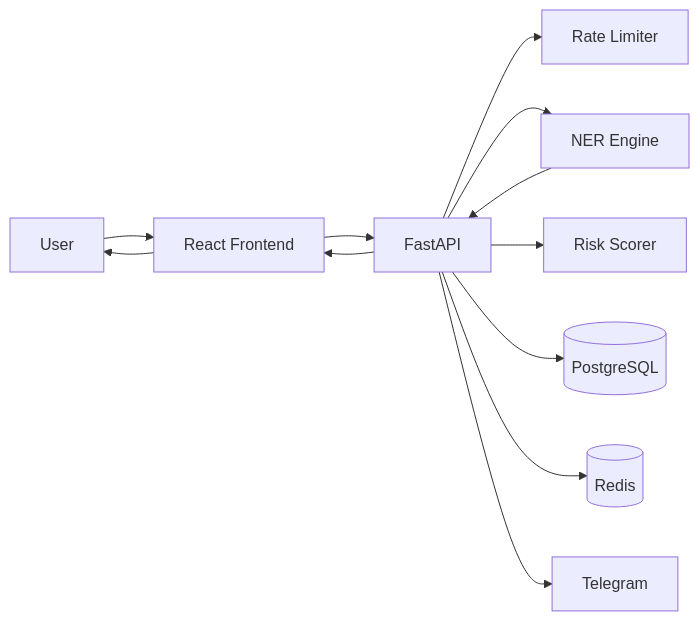
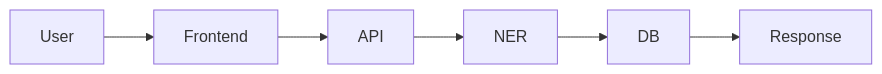
The fifth of 6 diagrams in README.md (Khan-Feroz211/MyCyber-Project), drawn with Mermaid before and after one commit. The commit also changed other lines of this file, not shown here.

Commit message:
docs: simplify Data Flow and Scheduled Scan to basic linear diagrams

````diff
--- a/README.md
+++ b/README.md
@@ -184,14 +184,5 @@
 ```mermaid
 graph LR
-    U[User] --> FE[React Frontend]
-    FE --> API[FastAPI]
-    API --> RATE[Rate Limiter]
-    API --> NER[NER Engine]
-    NER --> API
-    API --> RISK[Risk Scorer]
-    API --> DB[(PostgreSQL)]
-    API --> RED[(Redis)]
-    API --> TEL[Telegram]
-    API --> FE
-    FE --> U
+    User --> Frontend --> API
+    API --> NER --> DB --> Response
 ```
````
